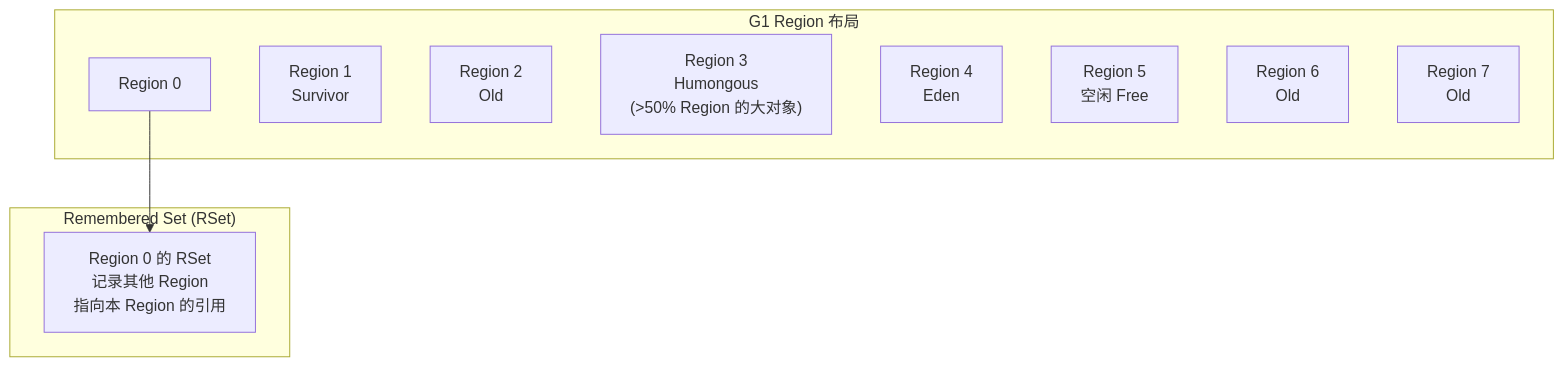
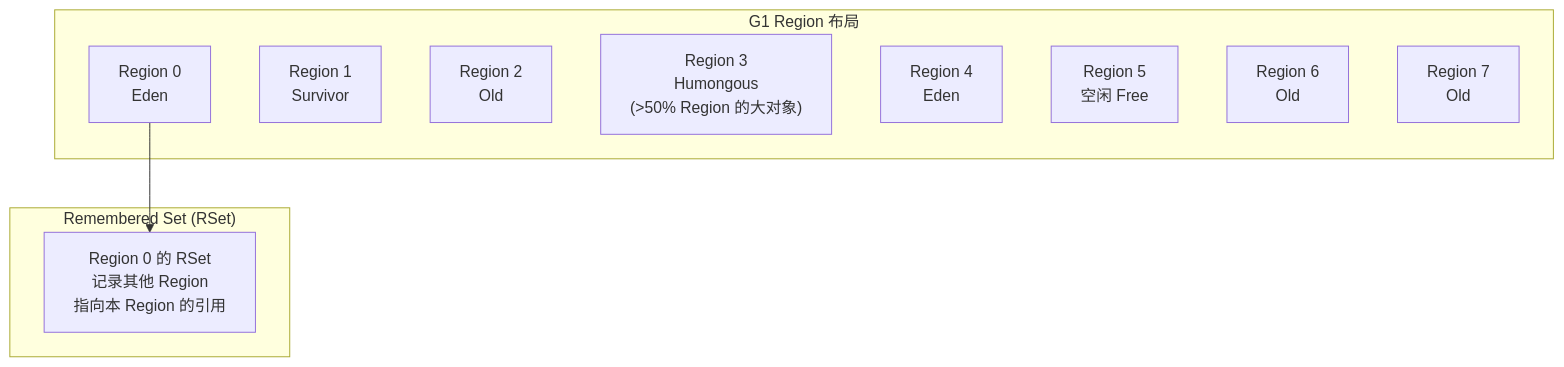
Before and after one commit to kane201x/javadoc: diagram 14 of 15 in 04-jvm/README.md, drawn with Mermaid. The commit also changed other lines of this file and 12 other files, not shown here.

First line of the commit message:
fix: correct mermaid diagram syntax across all modules

````diff
--- a/04-jvm/README.md
+++ b/04-jvm/README.md
@@ -861,17 +861,17 @@
 ```mermaid
 graph TD
     subgraph "G1 Region 布局"
         R1["Region 0<br/>Eden"]
         R2["Region 1<br/>Survivor"]
         R3["Region 2<br/>Old"]
         R4["Region 3<br/>Humongous<br/>(>50% Region 的大对象)"]
         R5["Region 4<br/>Eden"]
         R6["Region 5<br/>空闲 Free"]
         R7["Region 6<br/>Old"]
         R8["Region 7<br/>Old"]
     end
     subgraph "Remembered Set (RSet)"
         RS1["Region 0 的 RSet<br/>记录其他 Region<br/>指向本 Region 的引用"]
     end
-    R1["Region 0"] --> RS1
+    R1 --> RS1
 ```
````
